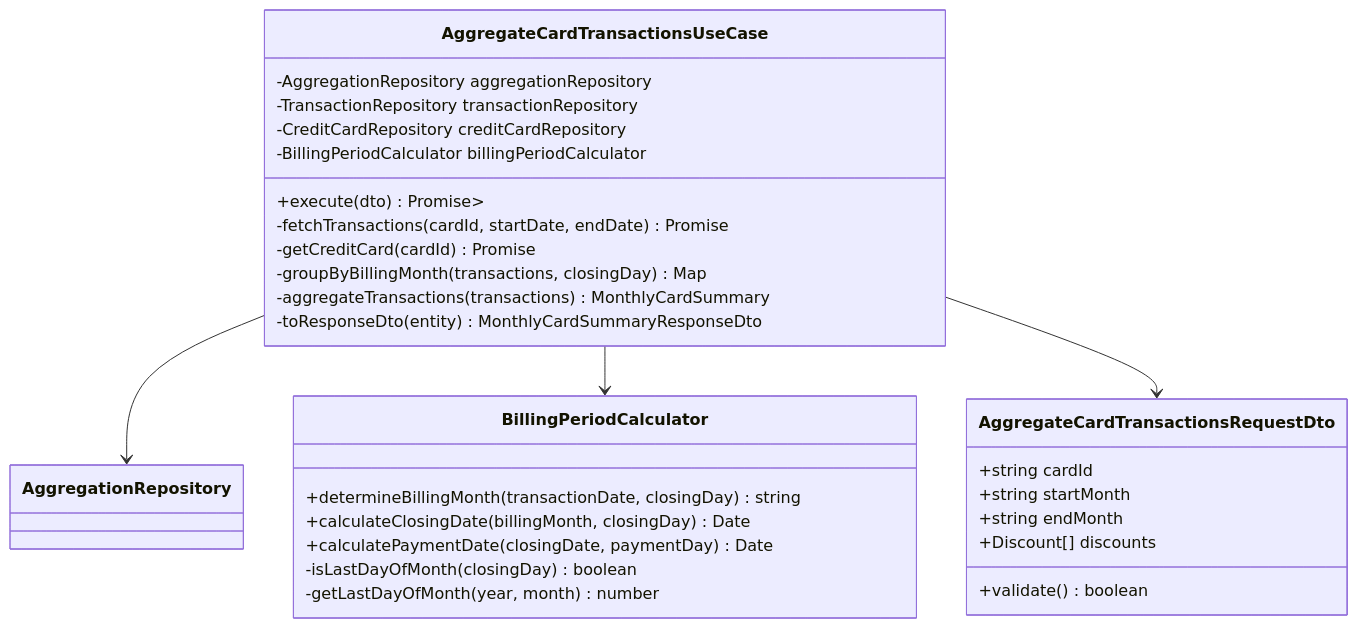
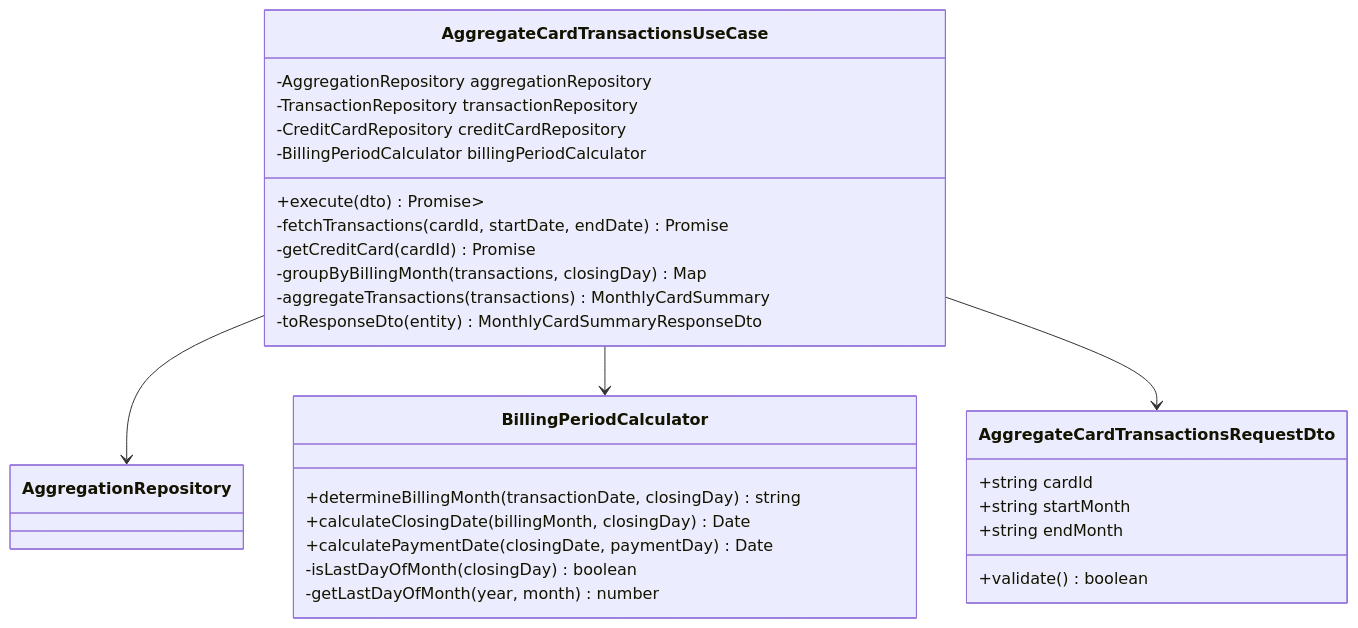
The second of 6 diagrams in docs/detailed-design/FR-012_credit-card-monthly-aggregation/class-diagrams.md (kencom2400/account-book), drawn with Mermaid before and after one commit. The commit also changed other lines of this file and 2 other files, not shown here.

````diff
--- a/docs/detailed-design/FR-012_credit-card-monthly-aggregation/class-diagrams.md
+++ b/docs/detailed-design/FR-012_credit-card-monthly-aggregation/class-diagrams.md
@@ -117,35 +117,34 @@
 ```mermaid
 classDiagram
     class AggregateCardTransactionsUseCase {
         -AggregationRepository aggregationRepository
         -TransactionRepository transactionRepository
         -CreditCardRepository creditCardRepository
         -BillingPeriodCalculator billingPeriodCalculator
         +execute(dto) Promise<Result<MonthlyCardSummaryResponseDto[]>>
         -fetchTransactions(cardId, startDate, endDate) Promise<Transaction[]>
         -getCreditCard(cardId) Promise<CreditCard>
         -groupByBillingMonth(transactions, closingDay) Map<string, Transaction[]>
         -aggregateTransactions(transactions) MonthlyCardSummary
         -toResponseDto(entity) MonthlyCardSummaryResponseDto
     }
 
     class BillingPeriodCalculator {
         +determineBillingMonth(transactionDate, closingDay) string
         +calculateClosingDate(billingMonth, closingDay) Date
         +calculatePaymentDate(closingDate, paymentDay) Date
         -isLastDayOfMonth(closingDay) boolean
         -getLastDayOfMonth(year, month) number
     }
 
     class AggregateCardTransactionsRequestDto {
         +string cardId
         +string startMonth
         +string endMonth
-        +Discount[] discounts
         +validate() boolean
     }
 
     AggregateCardTransactionsUseCase --> AggregationRepository
     AggregateCardTransactionsUseCase --> BillingPeriodCalculator
     AggregateCardTransactionsUseCase --> AggregateCardTransactionsRequestDto
 ```
````
